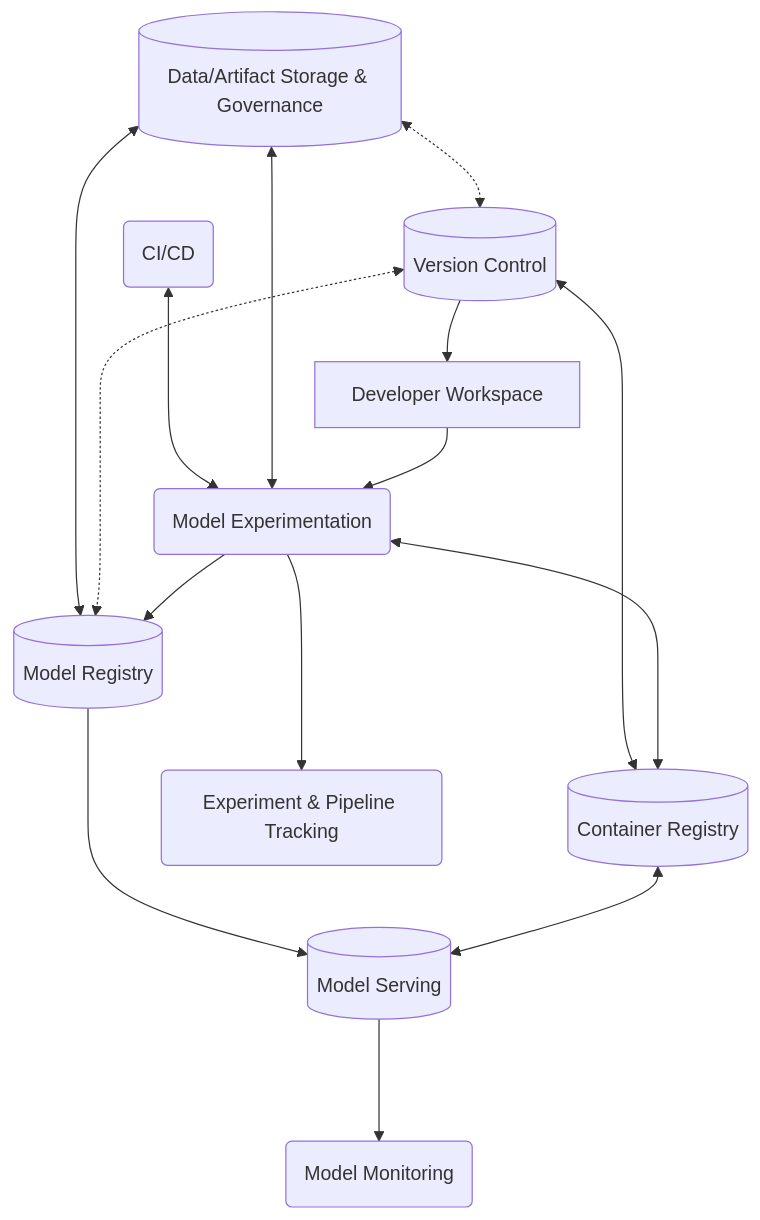
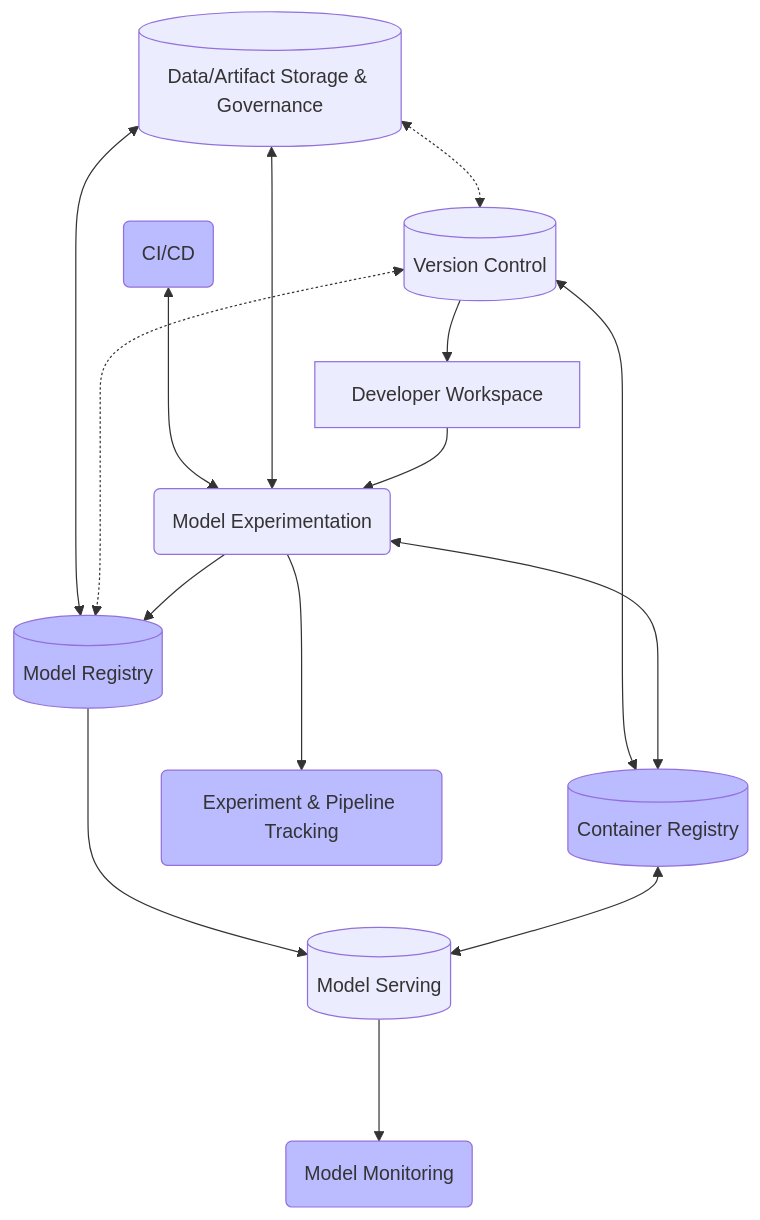
The diagram in book/5-data-mgmt-exp-proc/e2e-workflow-adv.md (aisingapore/ai-practitioner-handbook), drawn with Mermaid before and after one commit. The commit also changed 1 other file, not shown here.

Commit message:
Colour coded the notes for the advanced e2e section

````diff
--- a/book/5-data-mgmt-exp-proc/e2e-workflow-adv.md
+++ b/book/5-data-mgmt-exp-proc/e2e-workflow-adv.md
@@ -13,27 +13,32 @@
 ```{mermaid}
 flowchart TD
     cicd(CI/CD)
     datastorage[(Data/Artifact Storage & Governance)]
     verctl[(Version Control)]
     devwspace[Developer Workspace]
     modelexp(Model Experimentation)
     modelreg[(Model Registry)]
     contreg[(Container Registry)]
     exptrack(Experiment & Pipeline Tracking)
     modelserv[(Model Serving)]
     modelmon(Model Monitoring)
+    style cicd fill:#bbf
+    style modelreg fill:#bbf
+    style contreg fill:#bbf
+    style exptrack fill:#bbf
+    style modelmon fill:#bbf
     cicd <---> modelexp
     datastorage <---> modelexp
     datastorage <---> modelreg
     datastorage <-.-> verctl
     verctl <.-> modelreg
     verctl --> devwspace
     verctl <---> contreg
     devwspace --> modelexp
     modelexp --> modelreg
     modelexp <---> contreg
     modelexp ---> exptrack
     modelreg ---> modelserv
     contreg <--> modelserv
     modelserv ---> modelmon
 ```
````
